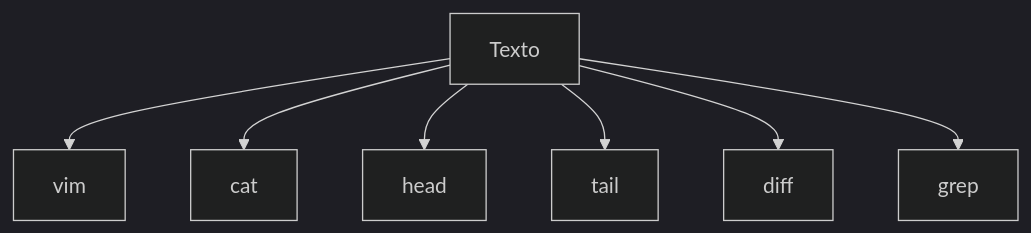
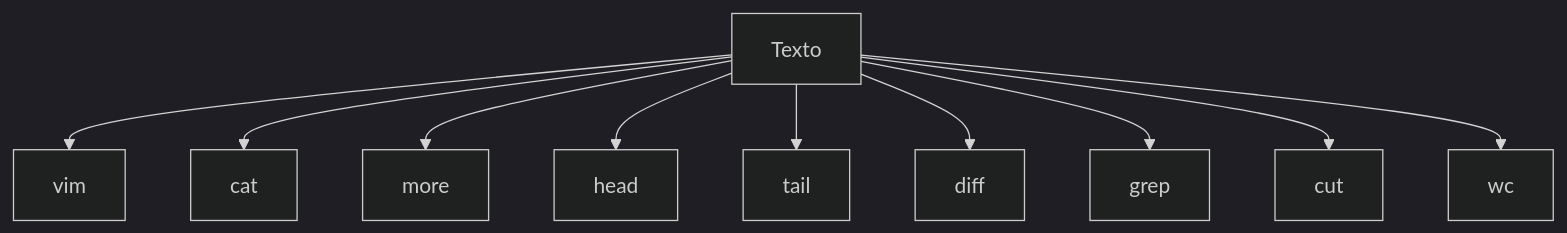
One commit to jppreti/documents changed the third of 8 diagrams in linux/ComandosBasicos.md. Above: the diagram before and after it, drawn with Mermaid (dark theme). The commit also changed other lines of this file, not shown here.

Commit message:
feat: adicionados novos comandos básicos do linux

````diff
--- a/linux/ComandosBasicos.md
+++ b/linux/ComandosBasicos.md
@@ -213,15 +213,21 @@
 ```mermaid
 flowchart TD
     Texto-->vim
     Texto-->cat
+    Texto-->more
     Texto-->head
     Texto-->tail
     Texto-->diff
     Texto-->grep
+    Texto-->cut
+    Texto-->wc
     click vim "https://github.com/jppreti/documents/blob/main/linux/ComandosBasicos.md#vim"
     click cat "https://github.com/jppreti/documents/blob/main/linux/ComandosBasicos.md#cat"
+    click more "https://github.com/jppreti/documents/blob/main/linux/ComandosBasicos.md#more"
     click head "https://github.com/jppreti/documents/blob/main/linux/ComandosBasicos.md#head"
     click tail "https://github.com/jppreti/documents/blob/main/linux/ComandosBasicos.md#tail"
     click diff "https://github.com/jppreti/documents/blob/main/linux/ComandosBasicos.md#diff"
     click grep "https://github.com/jppreti/documents/blob/main/linux/ComandosBasicos.md#grep"
+    click cut "https://github.com/jppreti/documents/blob/main/linux/ComandosBasicos.md#cut"
+    click wc "https://github.com/jppreti/documents/blob/main/linux/ComandosBasicos.md#wc"
 ```
````
